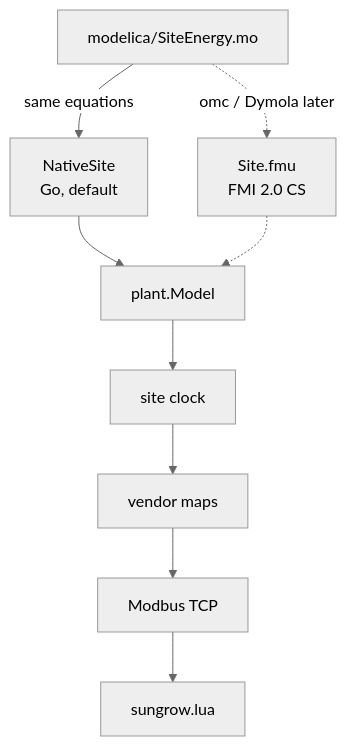
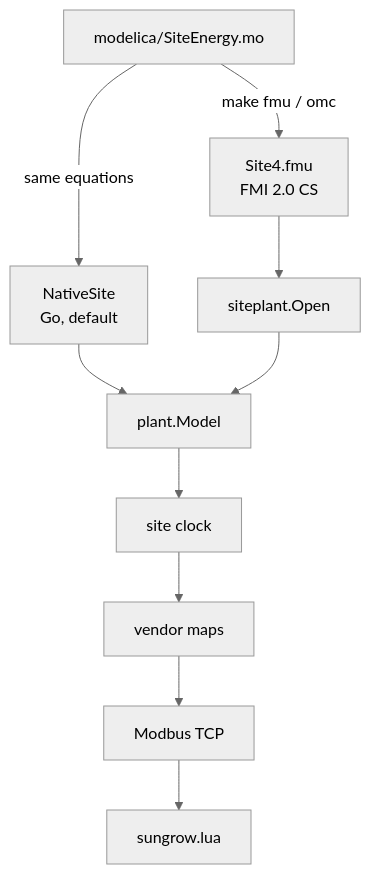
Before and after one commit to srcfl/device-simulator: the second of 2 diagrams in docs/SITE_PLANT_SKETCH.md, drawn with Mermaid (neutral theme). The commit also changed other lines of this file and 21 other files, not shown here.

````diff
--- a/docs/SITE_PLANT_SKETCH.md
+++ b/docs/SITE_PLANT_SKETCH.md
@@ -50,12 +51,13 @@
 ```mermaid
 flowchart TB
   MO["modelica/SiteEnergy.mo"]
   MO -->|same equations| Native["NativeSite\nGo, default"]
-  MO -.->|omc / Dymola later| FMU["Site.fmu\nFMI 2.0 CS"]
+  MO -->|make fmu / omc| FMU["Site4.fmu\nFMI 2.0 CS"]
   Native --> I["plant.Model"]
-  FMU -.-> I
+  FMU --> Open["siteplant.Open"]
+  Open --> I
   I --> Clock["site clock"]
   Clock --> Maps["vendor maps"]
   Maps --> TCP["Modbus TCP"]
   TCP --> Lua["sungrow.lua"]
 ```
````
